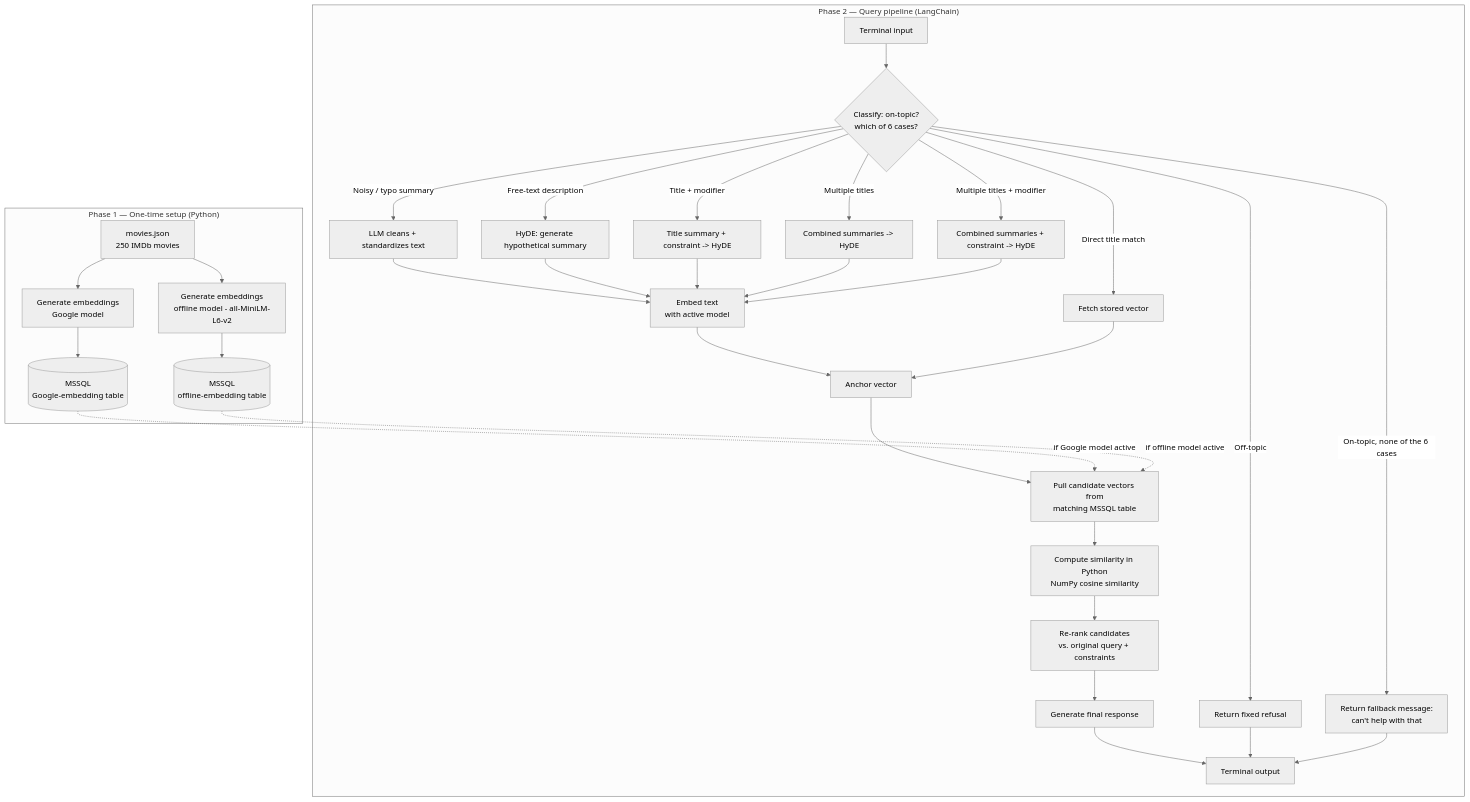
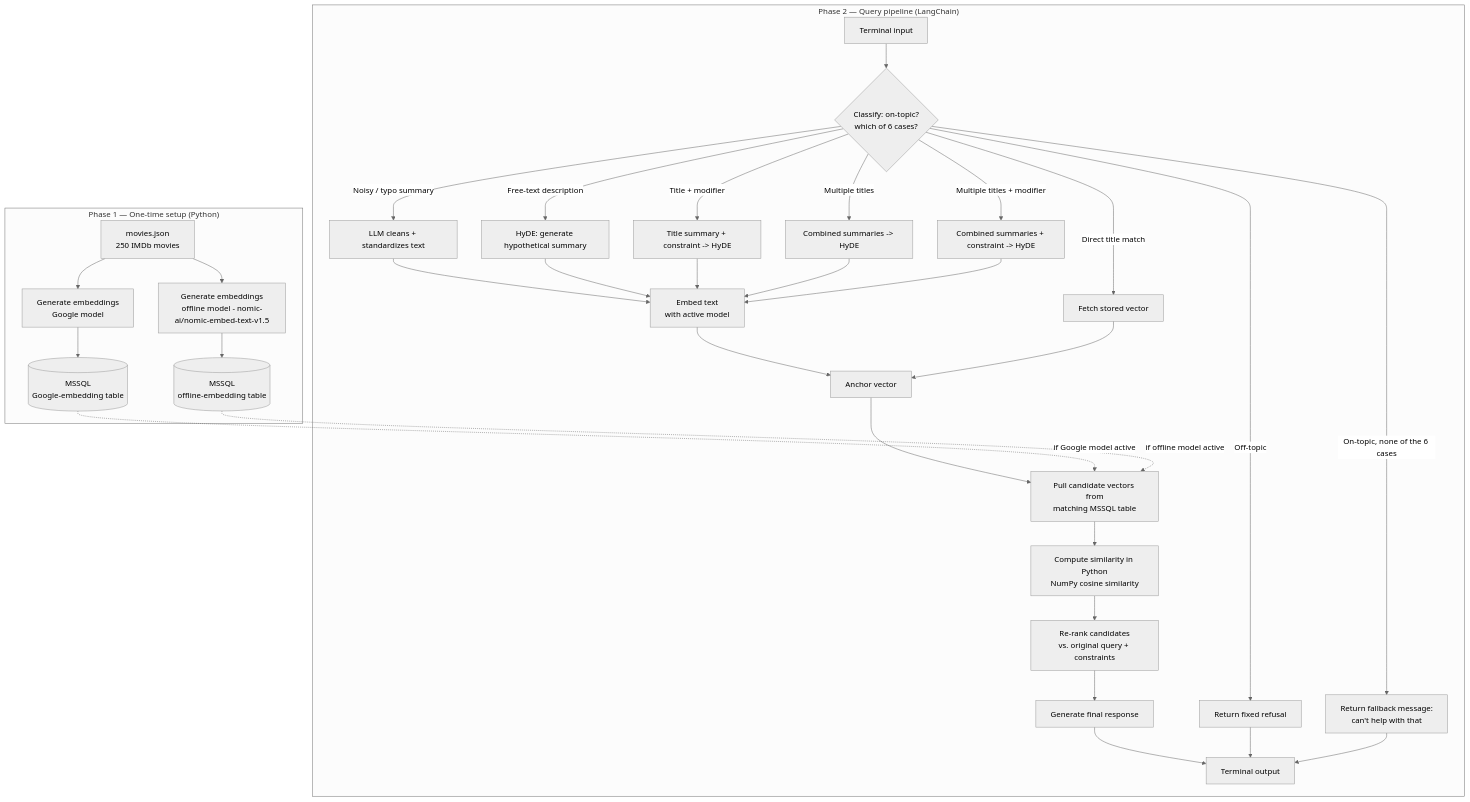
Before and after one commit to MohamadRezaRS/askcael-demo: the diagram in README.md, drawn with Mermaid (neutral theme). The commit also changed other lines of this file, not shown here.

````diff
--- a/README.md
+++ b/README.md
@@ -15,40 +15,40 @@
 ```mermaid
 flowchart TD
     subgraph Setup["Phase 1 — One-time setup (Python)"]
         A[movies.json<br/>250 IMDb movies] --> B1[Generate embeddings<br/>Google model]
-        A --> B2[Generate embeddings<br/>offline model - all-MiniLM-L6-v2]
+        A --> B2[Generate embeddings<br/>offline model - nomic-ai/nomic-embed-text-v1.5]
         B1 --> C1[(MSSQL<br/>Google-embedding table)]
         B2 --> C2[(MSSQL<br/>offline-embedding table)]
     end
 
     subgraph Runtime["Phase 2 — Query pipeline (LangChain)"]
         D[Terminal input] --> E{Classify: on-topic?<br/>which of 6 cases?}
         E -->|Off-topic| X[Return fixed refusal]
         E -->|Noisy / typo summary| F[LLM cleans + standardizes text]
         E -->|Free-text description| G[HyDE: generate hypothetical summary]
         E -->|Direct title match| H[Fetch stored vector]
         E -->|Title + modifier| I[Title summary + constraint -> HyDE]
         E -->|Multiple titles| J[Combined summaries -> HyDE]
         E -->|Multiple titles + modifier| K[Combined summaries + constraint -> HyDE]
         E -->|On-topic, none of the 6 cases| Y[Return fallback message:<br/>can't help with that]
 
         F --> L[Embed text<br/>with active model]
         G --> L
         I --> L
         J --> L
         K --> L
         L --> M[Anchor vector]
         H --> M
 
         M --> N[Pull candidate vectors from<br/>matching MSSQL table]
         N --> N2[Compute similarity in Python<br/>NumPy cosine similarity]
         N2 --> O[Re-rank candidates<br/>vs. original query + constraints]
         O --> Q[Generate final response]
         Q --> R[Terminal output]
         X --> R
         Y --> R
     end
 
     C1 -.if Google model active.-> N
     C2 -.if offline model active.-> N
 ```
````
